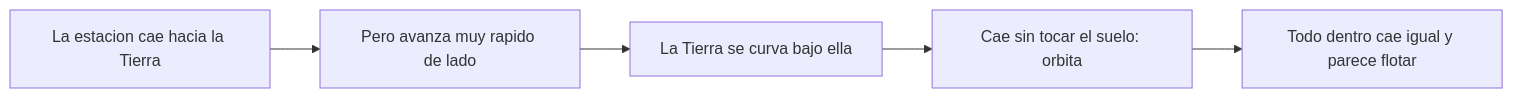
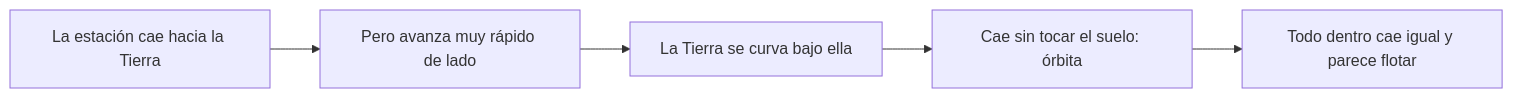
Before and after one commit to vladimiracunadev-create/machine-operator-program: the diagram in vehiculos/estacion-espacial/operacion/principios-estacion-espacial.md, drawn with Mermaid. The commit also changed other lines of this file and 442 other files, not shown here.

````diff
--- a/vehiculos/estacion-espacial/operacion/principios-estacion-espacial.md
+++ b/vehiculos/estacion-espacial/operacion/principios-estacion-espacial.md
@@ -24,7 +24,7 @@
 ```mermaid
 flowchart LR
-    Cae[La estacion cae hacia la Tierra] --> Avanza[Pero avanza muy rapido de lado]
+    Cae[La estación cae hacia la Tierra] --> Avanza[Pero avanza muy rápido de lado]
     Avanza --> Curva[La Tierra se curva bajo ella]
-    Curva --> Orbita[Cae sin tocar el suelo: orbita]
+    Curva --> Orbita[Cae sin tocar el suelo: órbita]
     Orbita --> Flota[Todo dentro cae igual y parece flotar]
 ```
````
